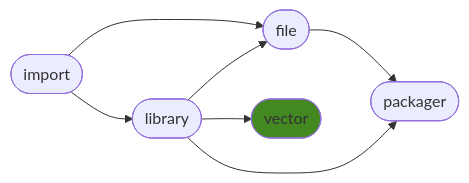
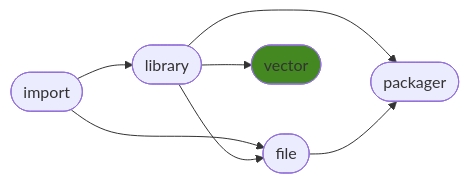
The diagram in README.md (ManderaGeneral/generalvector), drawn with Mermaid before and after one commit. The commit also changed other lines of this file, not shown here.

````diff
--- a/README.md
+++ b/README.md
@@ -24,15 +24,15 @@
 ```mermaid
 flowchart LR
+1([library]) --> 4([packager])
+2([file]) --> 4([packager])
+0([import]) --> 2([file])
+1([library]) --> 3([vector])
 0([import]) --> 1([library])
-2([file]) --> 4([packager])
-1([library]) --> 3([vector])
-0([import]) --> 2([file])
-1([library]) --> 4([packager])
 1([library]) --> 2([file])
 click 0 "https://github.com/ManderaGeneral/generalimport"
 click 1 "https://github.com/ManderaGeneral/generallibrary"
 click 2 "https://github.com/ManderaGeneral/generalfile"
 click 3 "https://github.com/ManderaGeneral/generalvector"
 click 4 "https://github.com/ManderaGeneral/generalpackager"
 style 3 fill:#482
 ```
````
